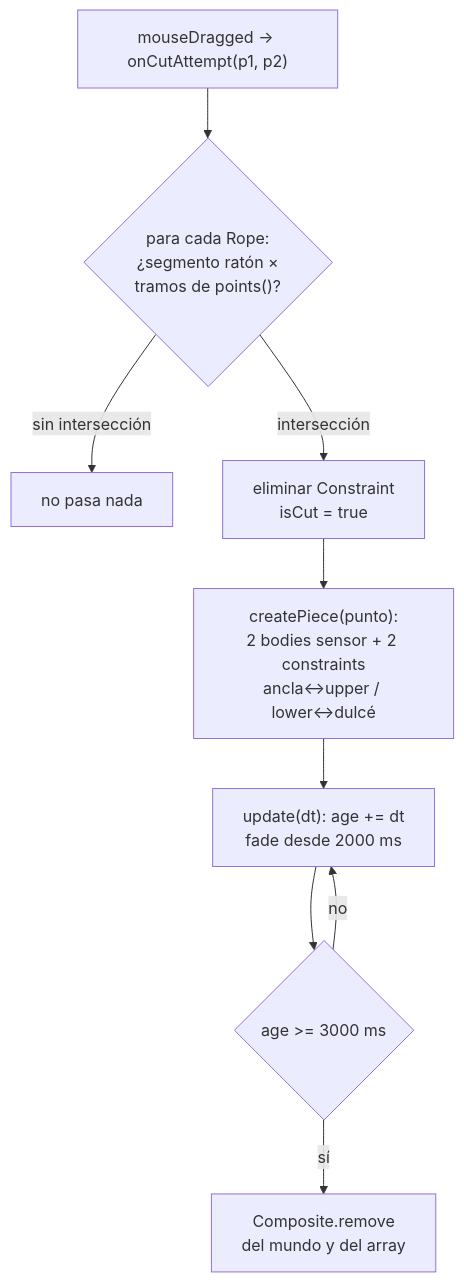
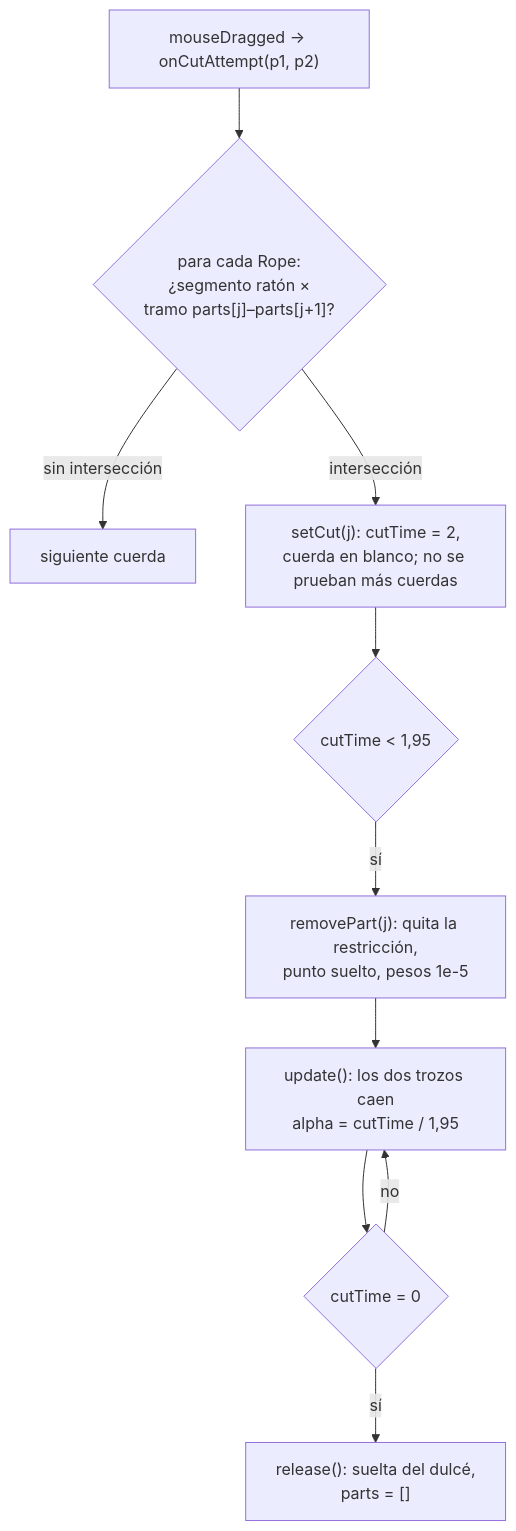
One commit to ShryhakAkizuki/Cut_The_Rope-Visual_Computing_2026-II changed the fourth of 5 diagrams in docs/arquitectura-mvp.md. Above: the diagram before and after it, drawn with Mermaid. The commit also changed other lines of this file and 12 other files, not shown here.

````diff
--- a/docs/arquitectura-mvp.md
+++ b/docs/arquitectura-mvp.md
@@ -365,11 +378,12 @@
 ```mermaid
 flowchart TD
-    A["mouseDragged → onCutAttempt(p1, p2)"] --> B{"para cada Rope:<br/>¿segmento ratón ×<br/>tramos de points()?"}
-    B -->|sin intersección| C["no pasa nada"]
-    B -->|intersección| D["eliminar Constraint<br/>isCut = true"]
-    D --> E["createPiece(punto):<br/>2 bodies sensor + 2 constraints<br/>ancla↔upper / lower↔dulcé"]
-    E --> F["update(dt): age += dt<br/>fade desde 2000 ms"]
-    F --> G{"age >= 3000 ms"}
-    G -->|sí| H["Composite.remove<br/>del mundo y del array"]
-    G -->|no| F
+    A["mouseDragged → onCutAttempt(p1, p2)"] --> B{"para cada Rope:<br/>¿segmento ratón ×<br/>tramo parts[j]–parts[j+1]?"}
+    B -->|sin intersección| C["siguiente cuerda"]
+    B -->|intersección| D["setCut(j): cutTime = 2,<br/>cuerda en blanco; no se prueban más cuerdas"]
+    D --> E{"cutTime < 1,95"}
+    E -->|sí| F["removePart(j): quita la restricción,<br/>punto suelto, pesos 1e-5"]
+    F --> G["update(): los dos trozos caen<br/>alpha = cutTime / 1,95"]
+    G --> H{"cutTime = 0"}
+    H -->|sí| I["release(): suelta del dulcé,<br/>parts = []"]
+    H -->|no| G
 ```
````
